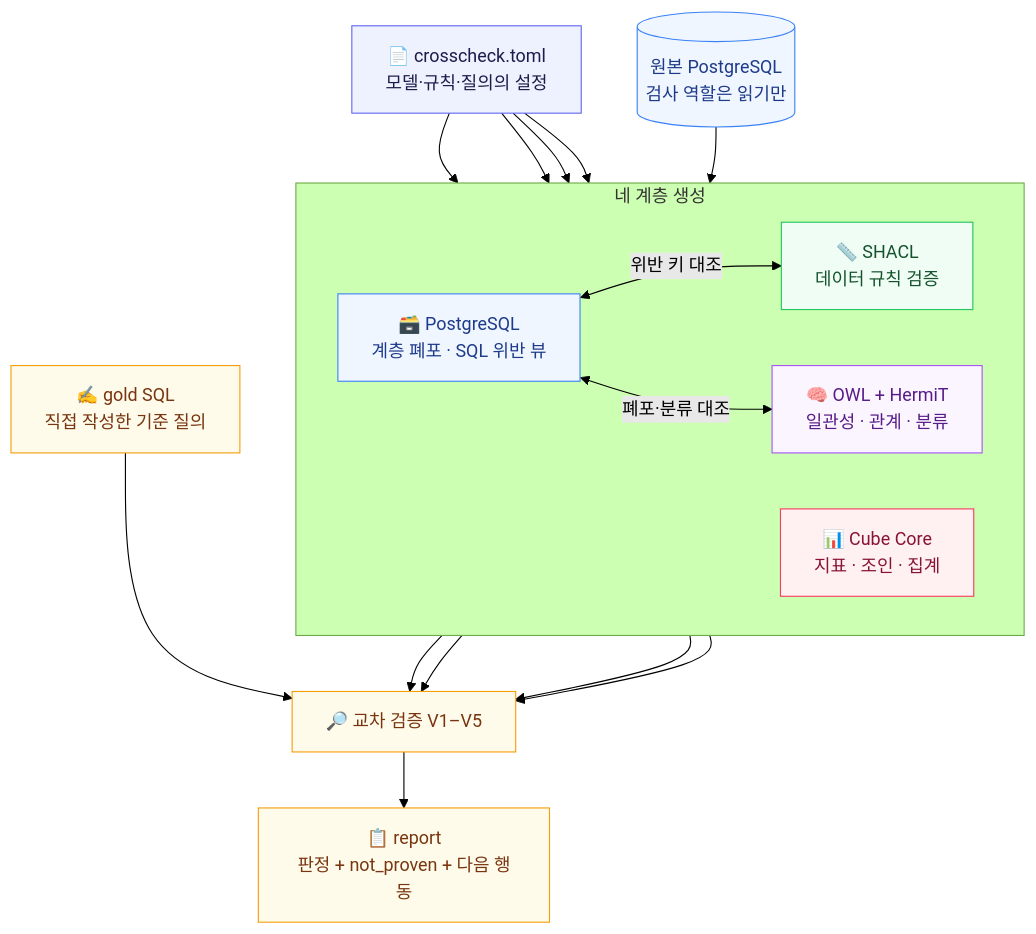
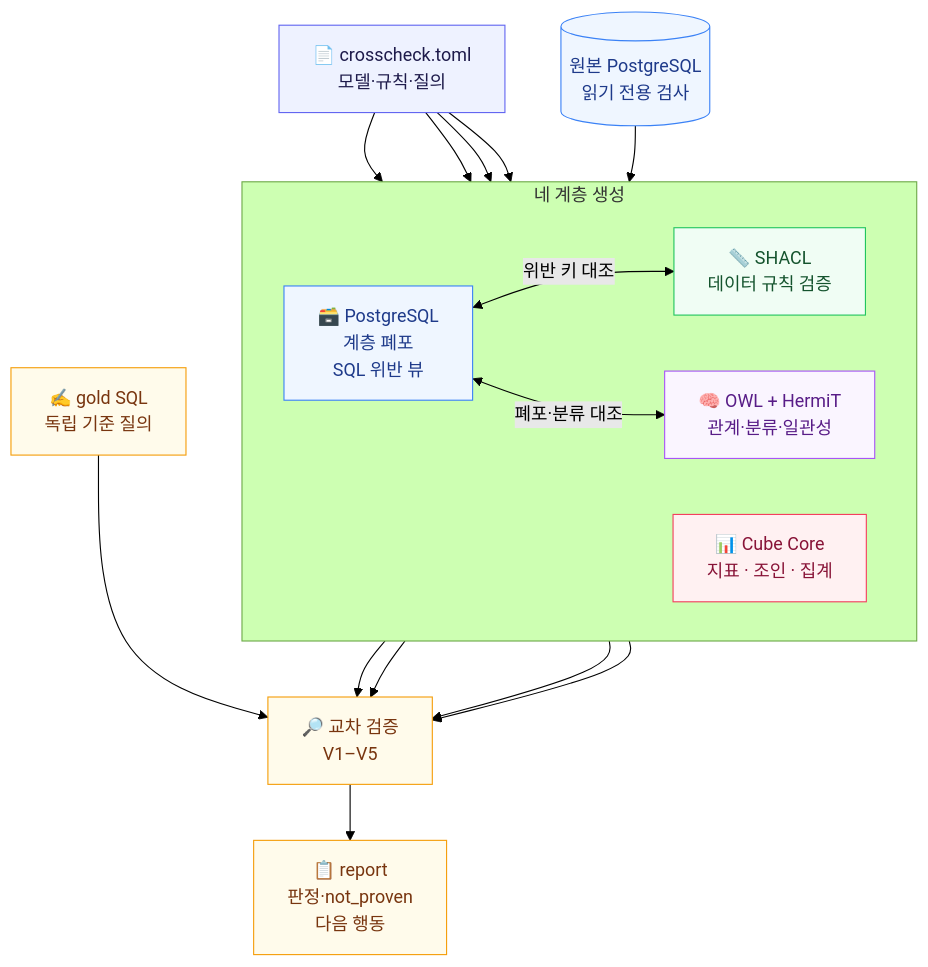
Before and after one commit to Technoetic/semantic-crosscheck: the first of 3 diagrams in README.md, drawn with Mermaid (forest theme). The commit also changed other lines of this file and 1 other file, not shown here.

Commit message:
docs: shorten diagram labels and polish Korean grammar

````diff
--- a/README.md
+++ b/README.md
@@ -40,31 +40,31 @@
 ```mermaid
 flowchart TB
-    C["📄 crosscheck.toml<br/>모델·규칙·질의의 설정"]
-    D[("원본 PostgreSQL<br/>검사 역할은 읽기만")]
+    C["📄 crosscheck.toml<br/>모델·규칙·질의"]
+    D[("원본 PostgreSQL<br/>읽기 전용 검사")]
     subgraph L["네 계층 생성"]
         direction LR
-        P["🗃️ PostgreSQL<br/>계층 폐포 · SQL 위반 뷰"]
+        P["🗃️ PostgreSQL<br/>계층 폐포<br/>SQL 위반 뷰"]
         S["📏 SHACL<br/>데이터 규칙 검증"]
-        O["🧠 OWL + HermiT<br/>일관성 · 관계 · 분류"]
+        O["🧠 OWL + HermiT<br/>관계·분류·일관성"]
         Q["📊 Cube Core<br/>지표 · 조인 · 집계"]
     end
     C --> P & S & O & Q
     D --> P
     P <-->|"위반 키 대조"| S
     P <-->|"폐포·분류 대조"| O
-    G["✍️ gold SQL<br/>직접 작성한 기준 질의"] --> V["🔎 교차 검증 V1–V5"]
+    G["✍️ gold SQL<br/>독립 기준 질의"] --> V["🔎 교차 검증<br/>V1–V5"]
     P & S & O & Q --> V
-    V --> R["📋 report<br/>판정 + not_proven + 다음 행동"]
+    V --> R["📋 report<br/>판정·not_proven<br/>다음 행동"]
     classDef config fill:#eef2ff,stroke:#6366f1,color:#1e1b4b
     classDef data fill:#eff6ff,stroke:#3b82f6,color:#1e3a8a
     classDef rules fill:#f0fdf4,stroke:#22c55e,color:#14532d
     classDef ontology fill:#faf5ff,stroke:#a855f7,color:#581c87
     classDef cube fill:#fff1f2,stroke:#f43f5e,color:#881337
     classDef result fill:#fffbeb,stroke:#f59e0b,color:#78350f
     class C config
     class D,P data
     class S rules
     class O ontology
     class Q cube
     class G,V,R result
 ```
````
